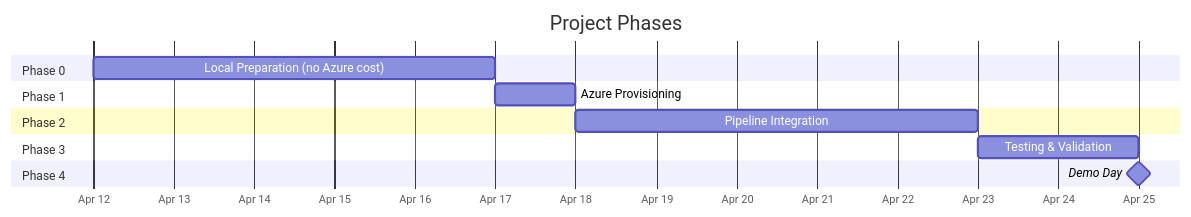
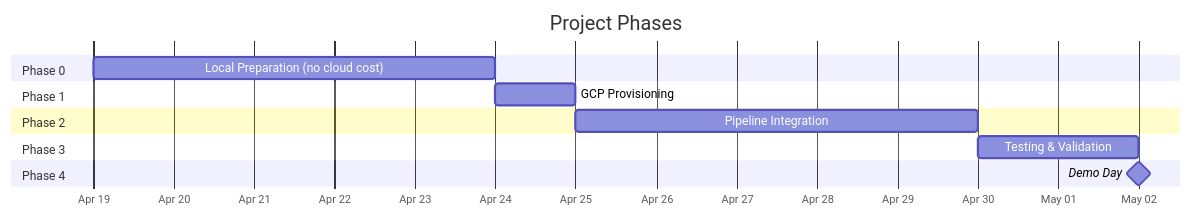
The tenth of 11 diagrams in revised_plan.md (nmk-k66-uet/F1-Chubby-Data), drawn with Mermaid before and after one commit. The commit also changed other lines of this file and 1 other file, not shown here.

````diff
--- a/revised_plan.md
+++ b/revised_plan.md
@@ -558,21 +623,21 @@
 ```mermaid
 gantt
     title Project Phases
     dateFormat  YYYY-MM-DD
     axisFormat  %b %d
 
     section Phase 0
-    Local Preparation (no Azure cost)    :p0, 2026-04-12, 5d
+    Local Preparation (no cloud cost)    :p0, 2026-04-19, 5d
 
     section Phase 1
-    Azure Provisioning                   :p1, after p0, 1d
+    GCP Provisioning                     :p1, after p0, 1d
 
     section Phase 2
     Pipeline Integration                 :p2, after p1, 5d
 
     section Phase 3
     Testing & Validation                 :p3, after p2, 2d
 
     section Phase 4
     Demo Day                             :milestone, after p3, 0d
 ```
````
